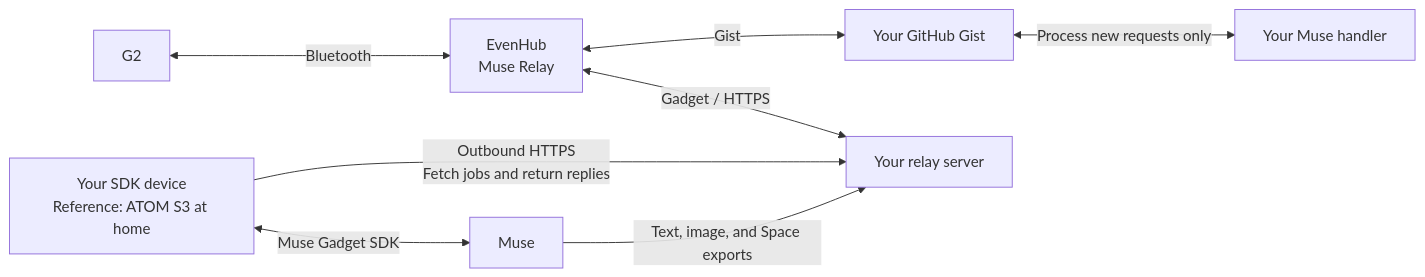
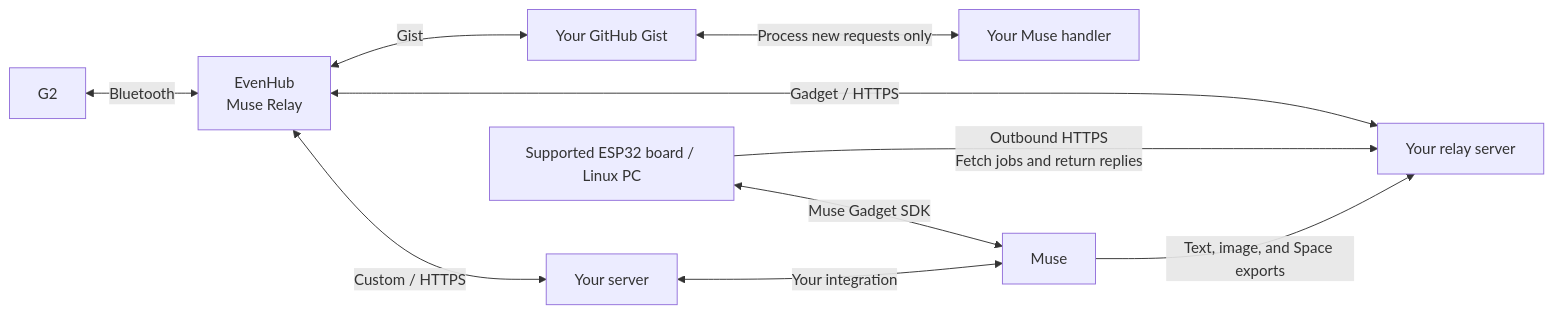
One commit to 3mintimer/muse-relay changed the first of 5 diagrams in docs/protocol.md. Above: the diagram before and after it, drawn with Mermaid. The commit also changed other lines of this file and 27 other files, not shown here.

Commit message:
docs: publish setup and upgrade instructions for Muse Relay 0.3.30

````diff
--- a/docs/protocol.md
+++ b/docs/protocol.md
@@ -13,10 +13,12 @@
 ```mermaid
 flowchart LR
   G2[G2] <-->|Bluetooth| Phone[EvenHub<br/>Muse Relay]
   Phone <-->|Gist| Gist[Your GitHub Gist]
   Gist <-->|Process new requests only| Handler[Your Muse handler]
   Phone <-->|Gadget / HTTPS| Relay[Your relay server]
-  ATOM[Your SDK device<br/>Reference: ATOM S3 at home] -->|Outbound HTTPS<br/>Fetch jobs and return replies| Relay
-  ATOM <-->|Muse Gadget SDK| Muse[Muse]
+  Device[Supported ESP32 board / Linux PC] -->|Outbound HTTPS<br/>Fetch jobs and return replies| Relay
+  Device <-->|Muse Gadget SDK| Muse[Muse]
   Muse -->|Text, image, and Space exports| Relay
+  Phone <-->|Custom / HTTPS| Custom[Your server]
+  Custom <-->|Your integration| Muse
 ```
````
